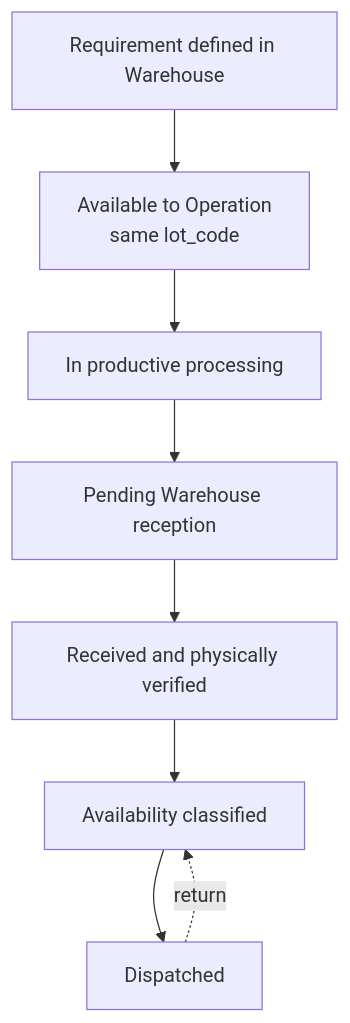
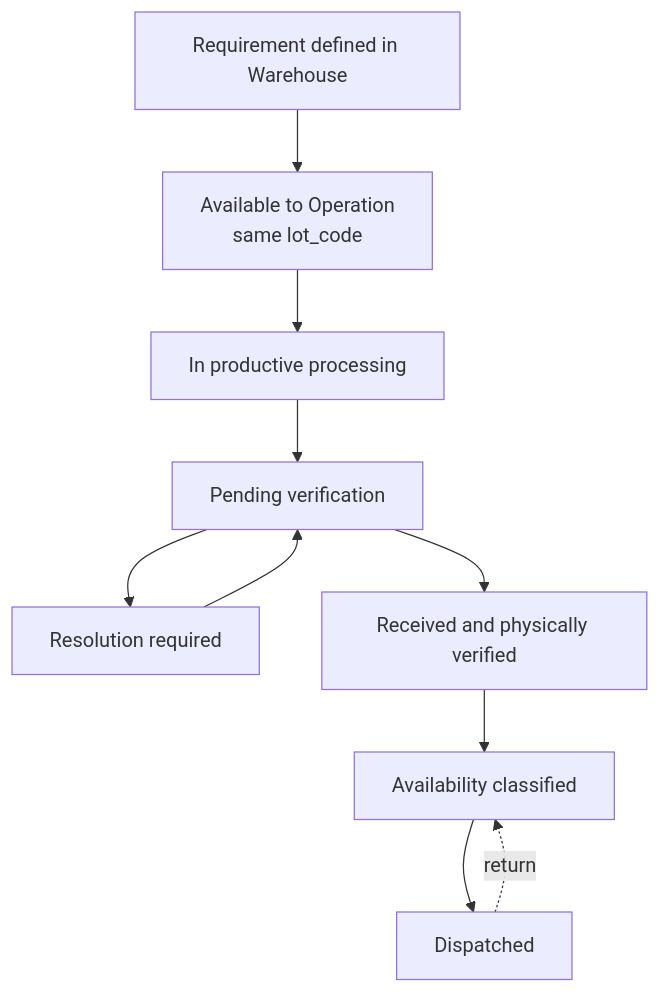
One commit to luiscm17/colibri-hub changed the diagram in docs/prd/warehouse/finished-product.md. Above: the diagram before and after it, drawn with Mermaid. The commit also changed other lines of this file and 4 other files, not shown here.

````diff
--- a/docs/prd/warehouse/finished-product.md
+++ b/docs/prd/warehouse/finished-product.md
@@ -273,12 +307,15 @@
 ```mermaid
 flowchart TD
     RQ["Requirement defined in Warehouse"]
     AV["Available to Operation<br/>same lot_code"]
     PR["In productive processing"]
-    PN["Pending Warehouse reception"]
+    PN["Pending verification"]
+    RR["Resolution required"]
     RC["Received and physically verified"]
     CL["Availability classified"]
     DS["Dispatched"]
-    RQ --> AV --> PR --> PN --> RC --> CL --> DS
+    RQ --> AV --> PR --> PN
+    PN --> RC --> CL --> DS
+    PN --> RR --> PN
     DS -.->|return| CL
 ```
````
